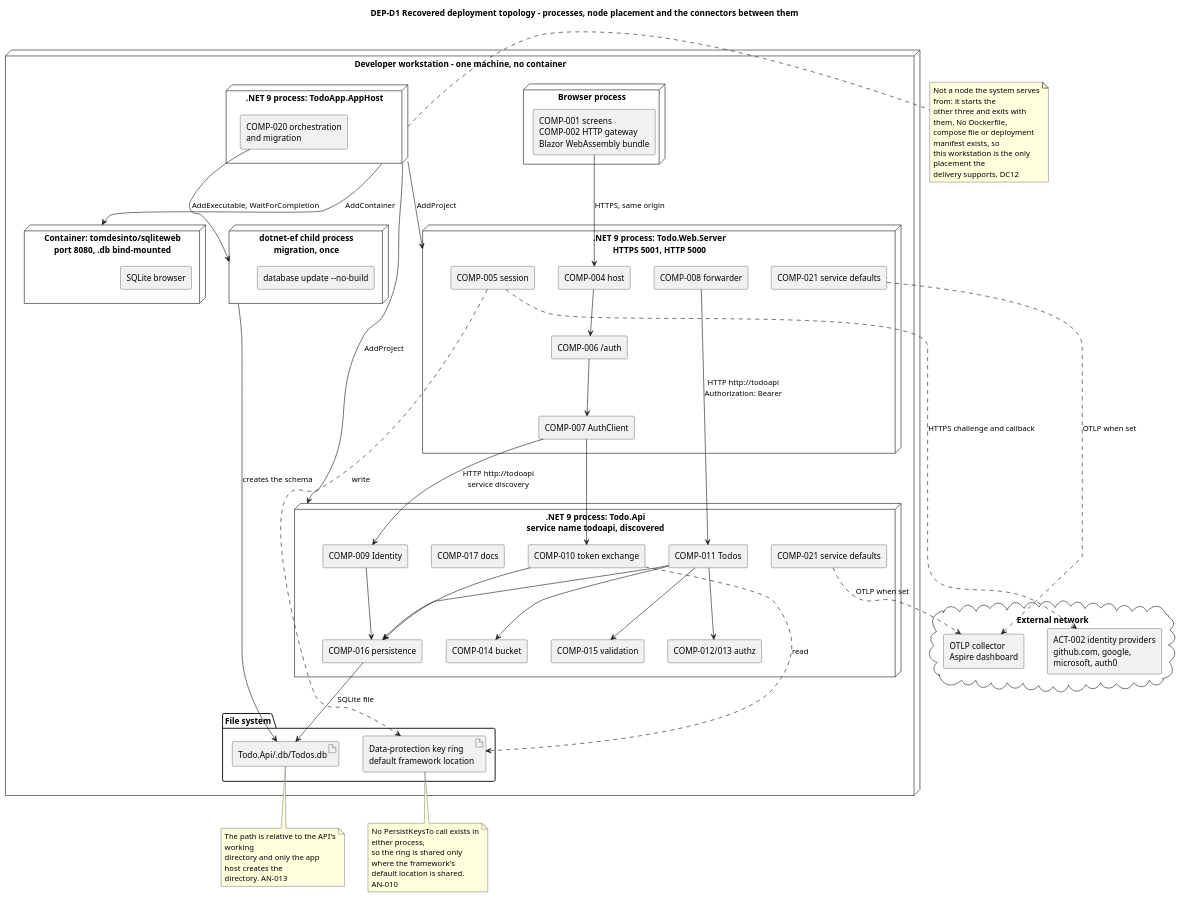
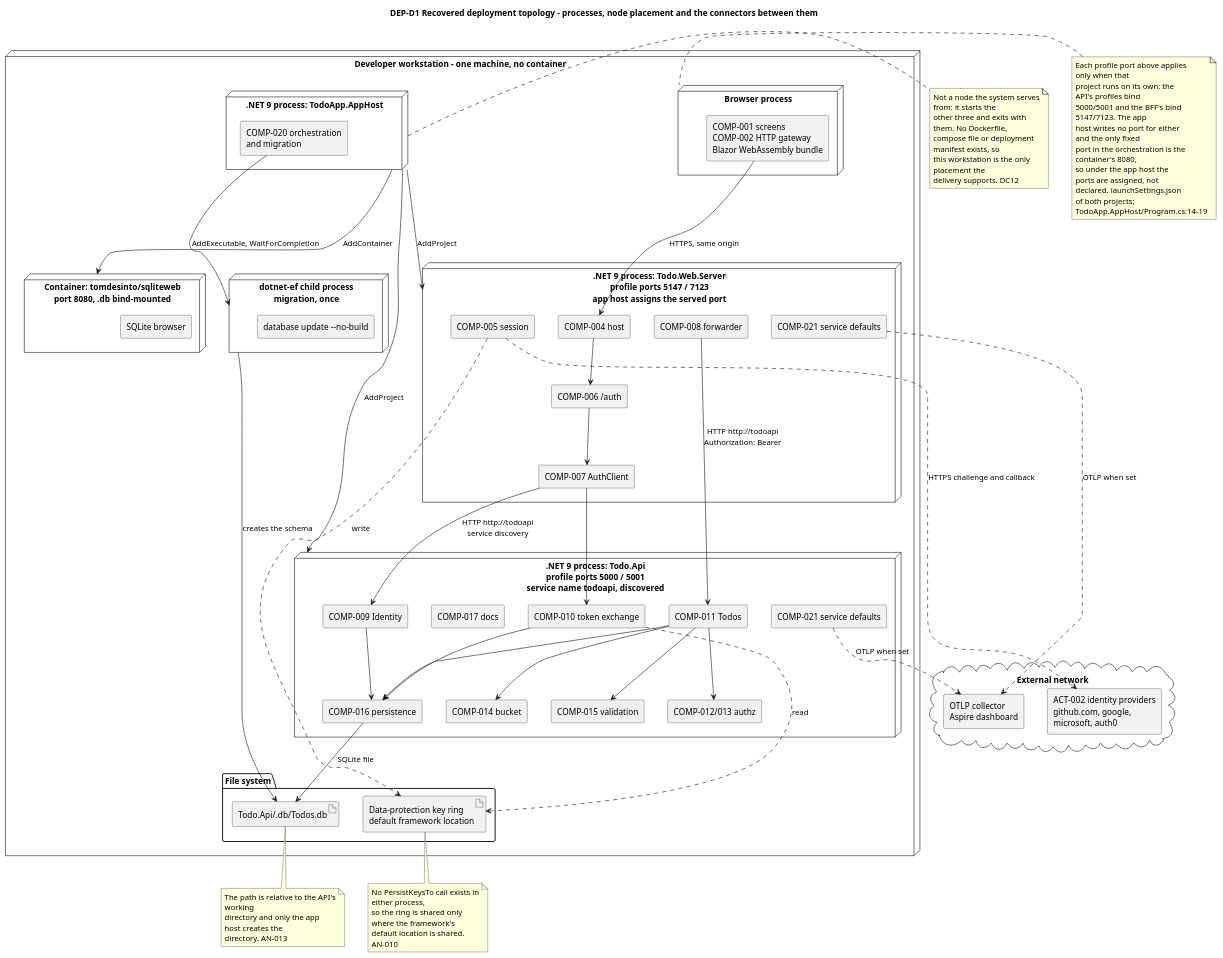
The ninth of 11 diagrams in docs/artifacts/analysis---design/software-architecture-document.md (banense-test/TodoApp), drawn with PlantUML before and after one commit. The commit also changed other lines of this file, not shown here.

Commit message:
Software Architect [Excavation1]: upsert Software Architecture Document
[skip ci]

````diff
--- a/docs/artifacts/analysis---design/software-architecture-document.md
+++ b/docs/artifacts/analysis---design/software-architecture-document.md
@@ -863,7 +864,7 @@
   node "Browser process" as BROWSER {
     component "COMP-001 screens\nCOMP-002 HTTP gateway\nBlazor WebAssembly bundle" as WASM
   }
-  node ".NET 9 process: Todo.Web.Server\nHTTPS 5001, HTTP 5000" as BFF {
+  node ".NET 9 process: Todo.Web.Server\nprofile ports 5147 / 7123\napp host assigns the served port" as BFF {
     component "COMP-004 host" as B4
     component "COMP-005 session" as B5
     component "COMP-006 /auth" as B6
@@ -871,7 +872,7 @@
     component "COMP-008 forwarder" as B8
     component "COMP-021 service defaults" as B21
   }
-  node ".NET 9 process: Todo.Api\nservice name todoapi, discovered" as API {
+  node ".NET 9 process: Todo.Api\nprofile ports 5000 / 5001\nservice name todoapi, discovered" as API {
     component "COMP-009 Identity" as A9
     component "COMP-010 token exchange" as A10
     component "COMP-011 Todos" as A11
@@ -945,5 +946,16 @@
   delivery supports. DC12
 end note
 
+note left of BROWSER
+  Each profile port above applies only when that
+  project runs on its own: the API's profiles bind
+  5000/5001 and the BFF's bind 5147/7123. The app
+  host writes no port for either and the only fixed
+  port in the orchestration is the container's 8080,
+  so under the app host the ports are assigned, not
+  declared. launchSettings.json of both projects;
+  TodoApp.AppHost/Program.cs:14-19
+end note
+
 @enduml
 ```
````
